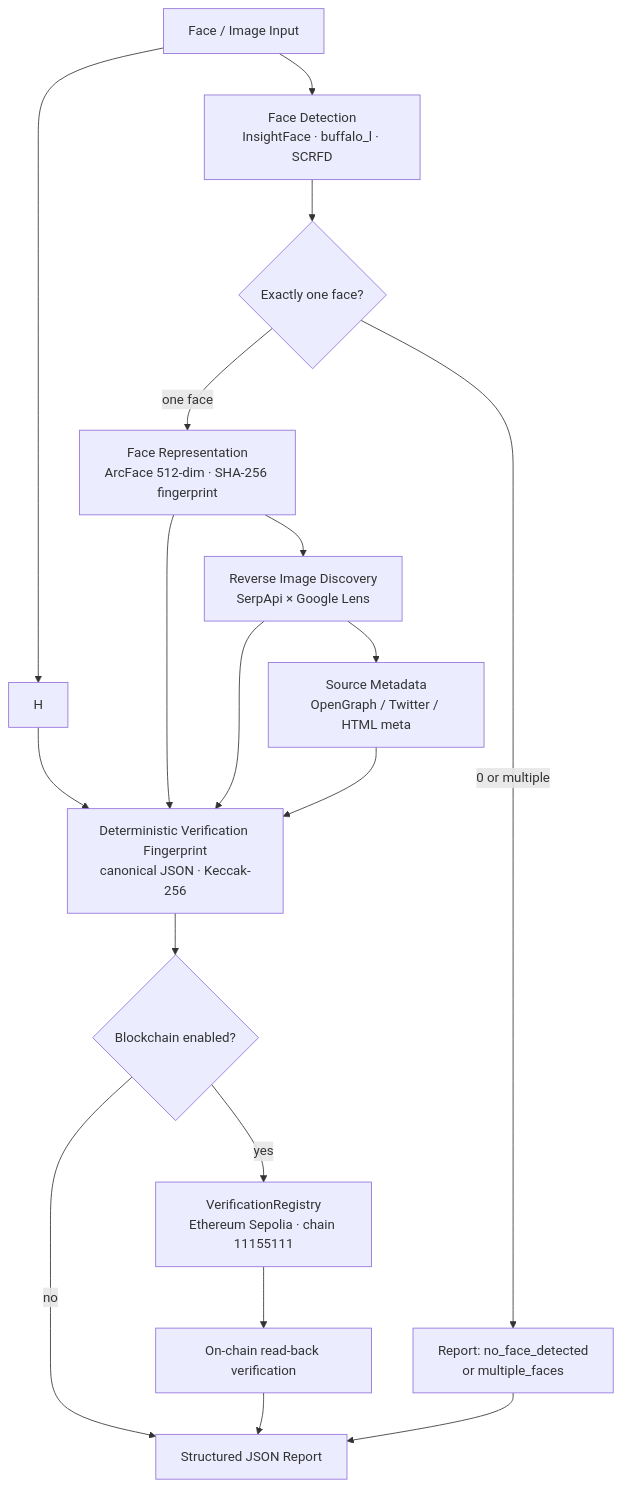
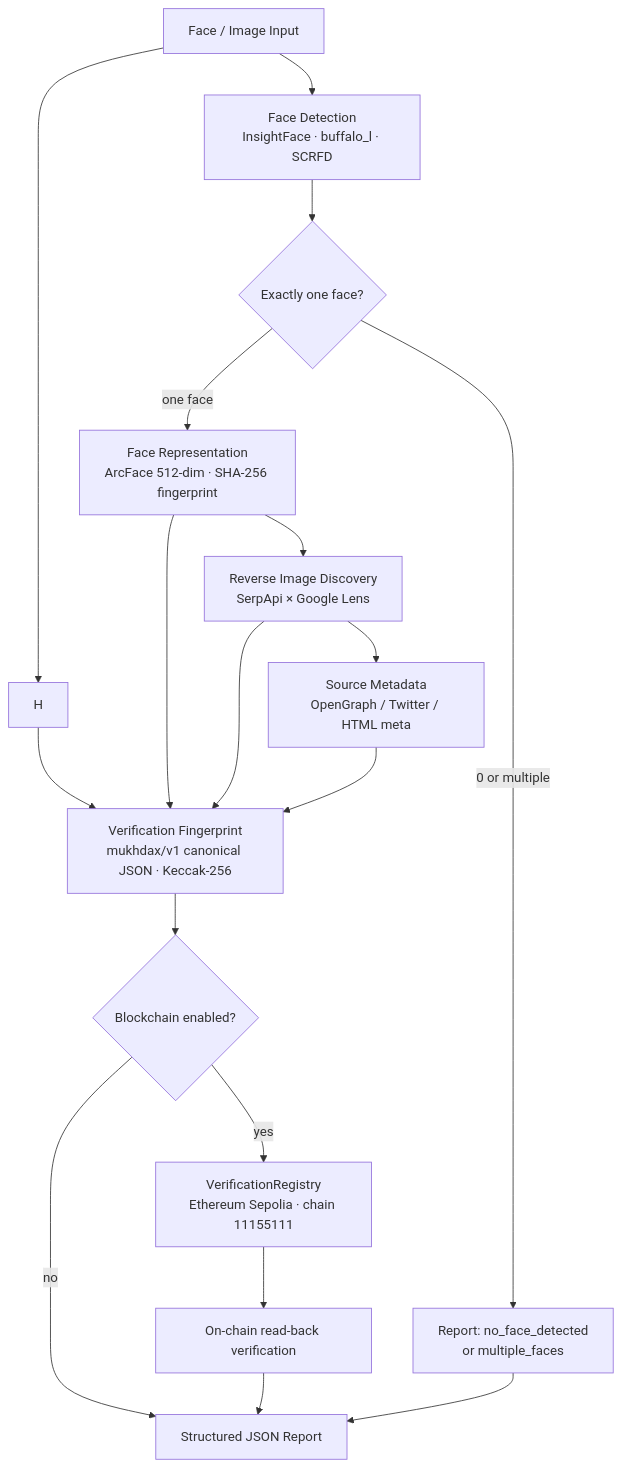
One commit to ANUBprad/face-id-verification changed the diagram in README.md. Above: the diagram before and after it, drawn with Mermaid. The commit also changed other lines of this file and 1 other file, not shown here.

Commit message:
docs: document versioned verification fingerprint

````diff
--- a/README.md
+++ b/README.md
@@ -23,17 +23,17 @@
 ```mermaid
 flowchart TD
     A[Face / Image Input] --> B[Face Detection<br/>InsightFace · buffalo_l · SCRFD]
     B --> C{Exactly one face?}
     C -->|0 or multiple| E1[Report: no_face_detected<br/>or multiple_faces]
     C -->|one face| D[Face Representation<br/>ArcFace 512-dim · SHA-256 fingerprint]
     A --> H
     D --> R[Reverse Image Discovery<br/>SerpApi × Google Lens]
     R --> M[Source Metadata<br/>OpenGraph / Twitter / HTML meta]
-    H & D & R & M --> V[Deterministic Verification Fingerprint<br/>canonical JSON · Keccak-256]
+    H & D & R & M --> V[Verification Fingerprint<br/>mukhdax/v1 canonical JSON · Keccak-256]
     V --> B1{Blockchain enabled?}
     B1 -->|yes| S[VerificationRegistry<br/>Ethereum Sepolia · chain 11155111]
     S --> O[On-chain read-back verification]
     B1 -->|no| Z[Structured JSON Report]
     O --> Z
     E1 --> Z
 ```
````
